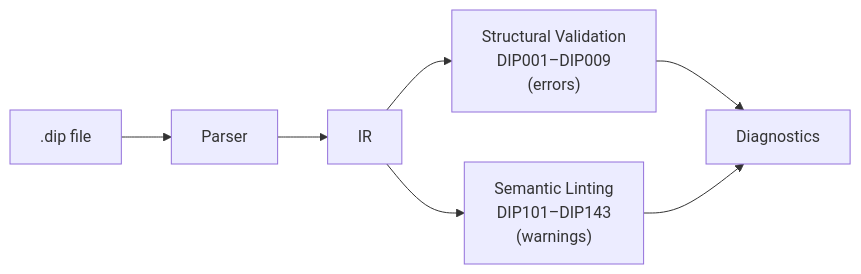
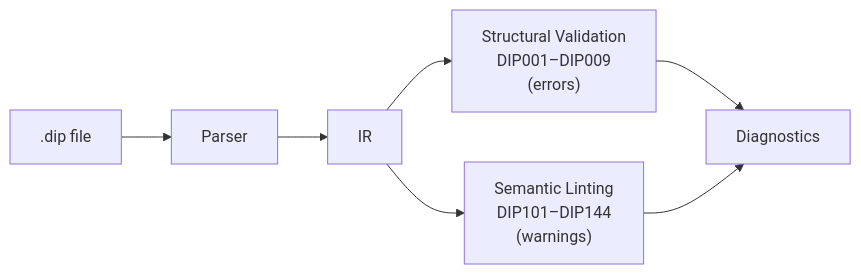
Before and after one commit to 2389-research/dippin-lang: the diagram in docs/validation.md, drawn with Mermaid. The commit also changed other lines of this file and 7 other files, not shown here.

````diff
--- a/docs/validation.md
+++ b/docs/validation.md
@@ -10,9 +10,9 @@
 ```mermaid
 graph LR
     SRC[".dip file"] --> PARSE["Parser"]
     PARSE --> IR["IR"]
     IR --> VAL["Structural Validation<br>DIP001–DIP009<br>(errors)"]
-    IR --> LINT["Semantic Linting<br>DIP101–DIP143<br>(warnings)"]
+    IR --> LINT["Semantic Linting<br>DIP101–DIP144<br>(warnings)"]
     VAL --> DIAG["Diagnostics"]
     LINT --> DIAG
 ```
````
